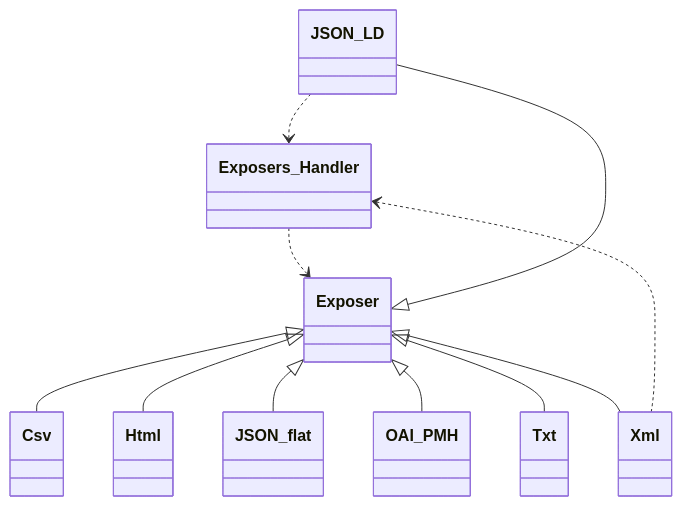
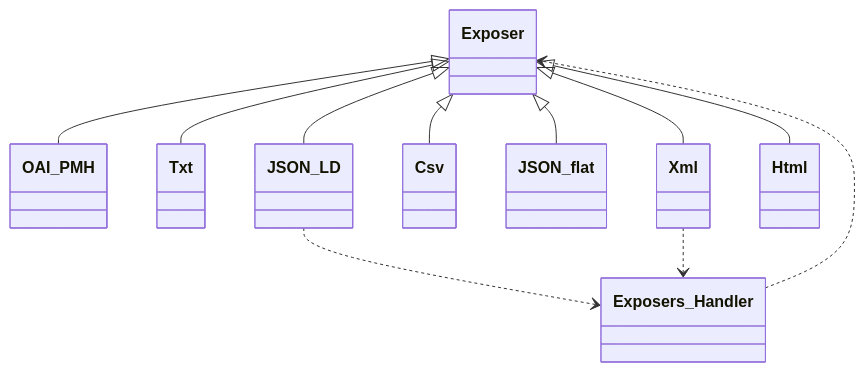
The sixth of 13 diagrams in docs/phpdoc/Home.md (tainacan/tainacan), drawn with Mermaid before and after one commit. The commit also changed other lines of this file and 100 other files, not shown here.

````diff
--- a/docs/phpdoc/Home.md
+++ b/docs/phpdoc/Home.md
@@ -451,23 +451,23 @@
 ```mermaid
 classDiagram
     direction TB
+    class OAI_PMH { }
+    class Txt { }
+    class Exposer { }
+    class JSON_LD { }
+    class Csv { }
+    class Exposers_Handler { }
     class JSON_flat { }
-    class JSON_LD { }
-    class Txt { }
-    class Exposers_Handler { }
-    class Csv { }
+    class Xml { }
     class Html { }
-    class Exposer { }
-    class Xml { }
-    class OAI_PMH { }
     Exposer <|-- Csv
     Exposer <|-- Html
     Exposer <|-- JSON_LD
     Exposer <|-- JSON_flat
     Exposer <|-- OAI_PMH
     Exposer <|-- Txt
     Exposer <|-- Xml
     Exposers_Handler ..> Exposer
     JSON_LD ..> Exposers_Handler
     Xml ..> Exposers_Handler
 ```
````
